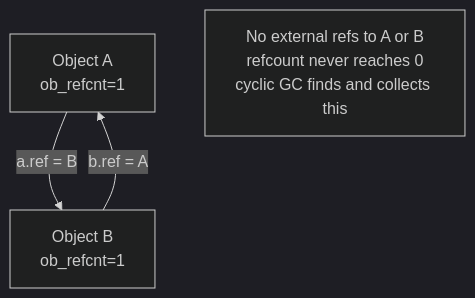
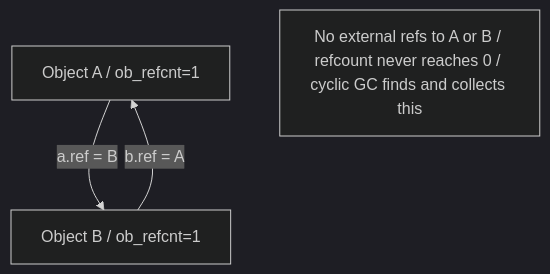
Before and after one commit to dantesaurusrex9/notes-gilgamesh: the second of 3 diagrams in Programming-Languages/Python/1-what-is-python.md, drawn with Mermaid (dark theme). The commit also changed other lines of this file and 919 other files, not shown here.

````diff
--- a/Programming-Languages/Python/1-what-is-python.md
+++ b/Programming-Languages/Python/1-what-is-python.md
@@ -172,6 +180,6 @@
 ```mermaid
 flowchart TD
-    A["Object A<br/>ob_refcnt=1"] -- "a.ref = B" --> B["Object B<br/>ob_refcnt=1"]
+    A["Object A / ob_refcnt=1"] -- "a.ref = B" --> B["Object B / ob_refcnt=1"]
     B -- "b.ref = A" --> A
-    NOTE["No external refs to A or B<br/>refcount never reaches 0<br/>cyclic GC finds and collects this"]
+    NOTE["No external refs to A or B / refcount never reaches 0 / cyclic GC finds and collects this"]
 ```
````
